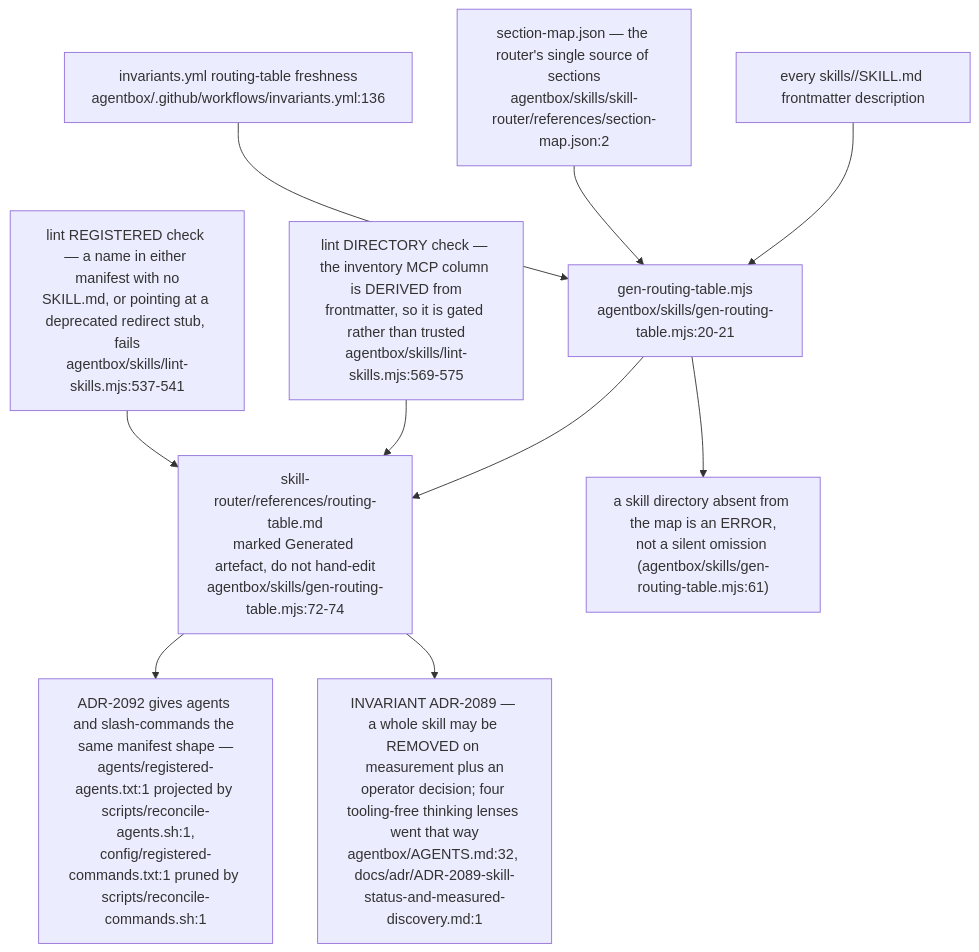
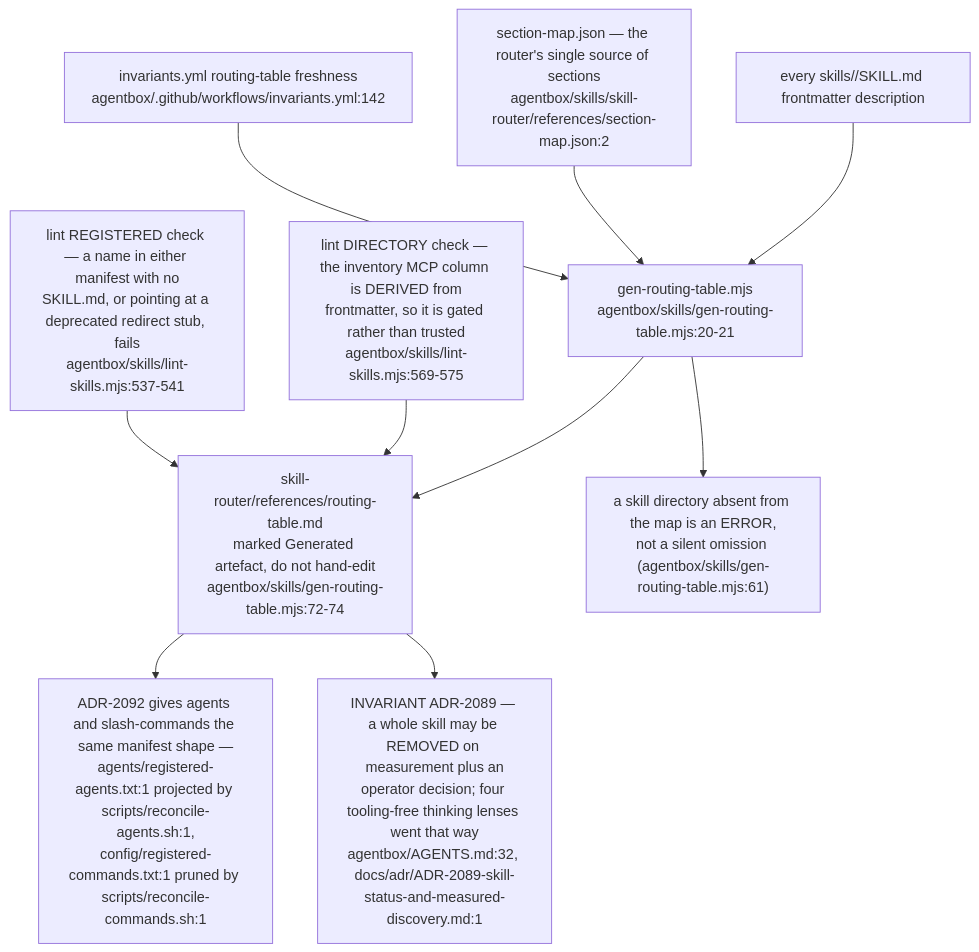
Diagram 12 of 12 in docs/diagrams/agentbox/22-skills-and-routing.md (DreamLab-AI/VisionFlow), drawn with Mermaid before and after one commit. The commit also changed other lines of this file and 160 other files, not shown here.

````diff
--- a/docs/diagrams/agentbox/22-skills-and-routing.md
+++ b/docs/diagrams/agentbox/22-skills-and-routing.md
@@ -510,12 +518,12 @@
 ```mermaid
 flowchart TB
     FM["every skills/<name>/SKILL.md frontmatter description"] --> GEN["gen-routing-table.mjs<br/>agentbox/skills/gen-routing-table.mjs:20-21"]
     MAP["section-map.json — the router's single source of sections<br/>agentbox/skills/skill-router/references/section-map.json:2"] --> GEN
     GEN --> OUT["skill-router/references/routing-table.md<br/>marked Generated artefact, do not hand-edit<br/>agentbox/skills/gen-routing-table.mjs:72-74"]
     GEN --> MISS["a skill directory absent from the map is an ERROR,<br/>not a silent omission (agentbox/skills/gen-routing-table.mjs:61)"]
-    CI["invariants.yml routing-table freshness<br/>agentbox/.github/workflows/invariants.yml:136"] --> GEN
+    CI["invariants.yml routing-table freshness<br/>agentbox/.github/workflows/invariants.yml:142"] --> GEN
     DIRC["lint DIRECTORY check — the inventory MCP column is DERIVED from<br/>frontmatter, so it is gated rather than trusted<br/>agentbox/skills/lint-skills.mjs:569-575"] --> OUT
     REGC["lint REGISTERED check — a name in either manifest with no<br/>SKILL.md, or pointing at a deprecated redirect stub, fails<br/>agentbox/skills/lint-skills.mjs:537-541"] --> OUT
     OUT --> AG["ADR-2092 gives agents and slash-commands the same manifest shape —<br/>agents/registered-agents.txt:1 projected by scripts/reconcile-agents.sh:1,<br/>config/registered-commands.txt:1 pruned by scripts/reconcile-commands.sh:1"]
     OUT --> RM["INVARIANT ADR-2089 — a whole skill may be REMOVED on measurement plus an<br/>operator decision; four tooling-free thinking lenses went that way<br/>agentbox/AGENTS.md:32, docs/adr/ADR-2089-skill-status-and-measured-discovery.md:1"]
 ```
````
